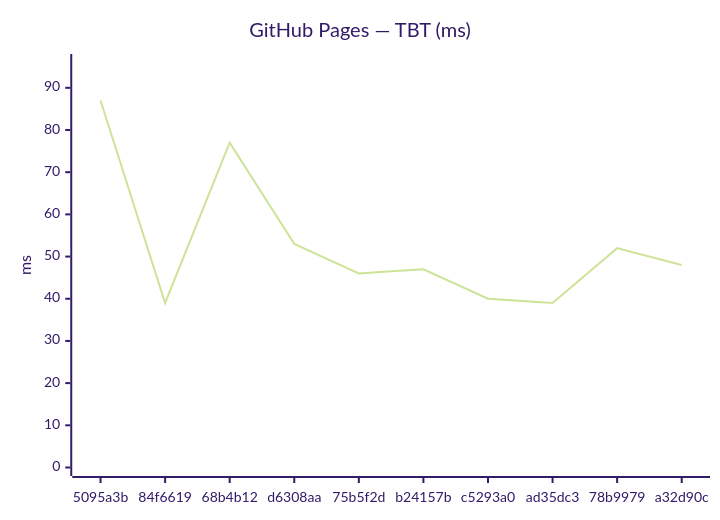
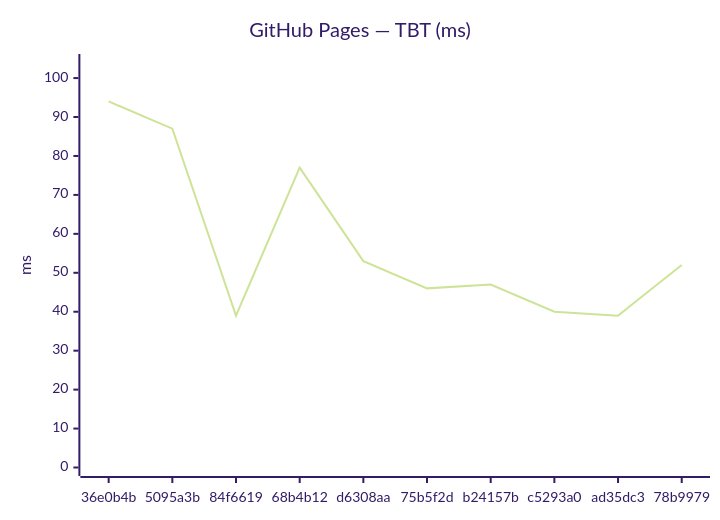
The fourth of 18 diagrams in benchmarks/compare.md (Metaheurist/Rianell), drawn with Mermaid (forest theme) before and after one commit. The commit also changed other lines of this file and 11 other files, not shown here.

````diff
--- a/benchmarks/compare.md
+++ b/benchmarks/compare.md
@@ -61,7 +61,7 @@
 ```mermaid
 xychart-beta
     title "GitHub Pages — TBT (ms)"
-    x-axis ["5095a3b", "84f6619", "68b4b12", "d6308aa", "75b5f2d", "b24157b", "c5293a0", "ad35dc3", "78b9979", "a32d90c"]
-    y-axis "ms" 0 --> 96
-    line [87, 39, 77, 53, 46, 47, 40, 39, 52, 48]
+    x-axis ["36e0b4b", "5095a3b", "84f6619", "68b4b12", "d6308aa", "75b5f2d", "b24157b", "c5293a0", "ad35dc3", "78b9979"]
+    y-axis "ms" 0 --> 104
+    line [94, 87, 39, 77, 53, 46, 47, 40, 39, 52]
 ```
````
